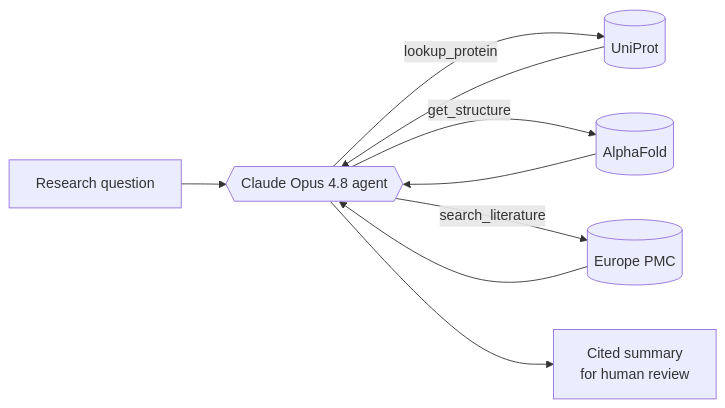
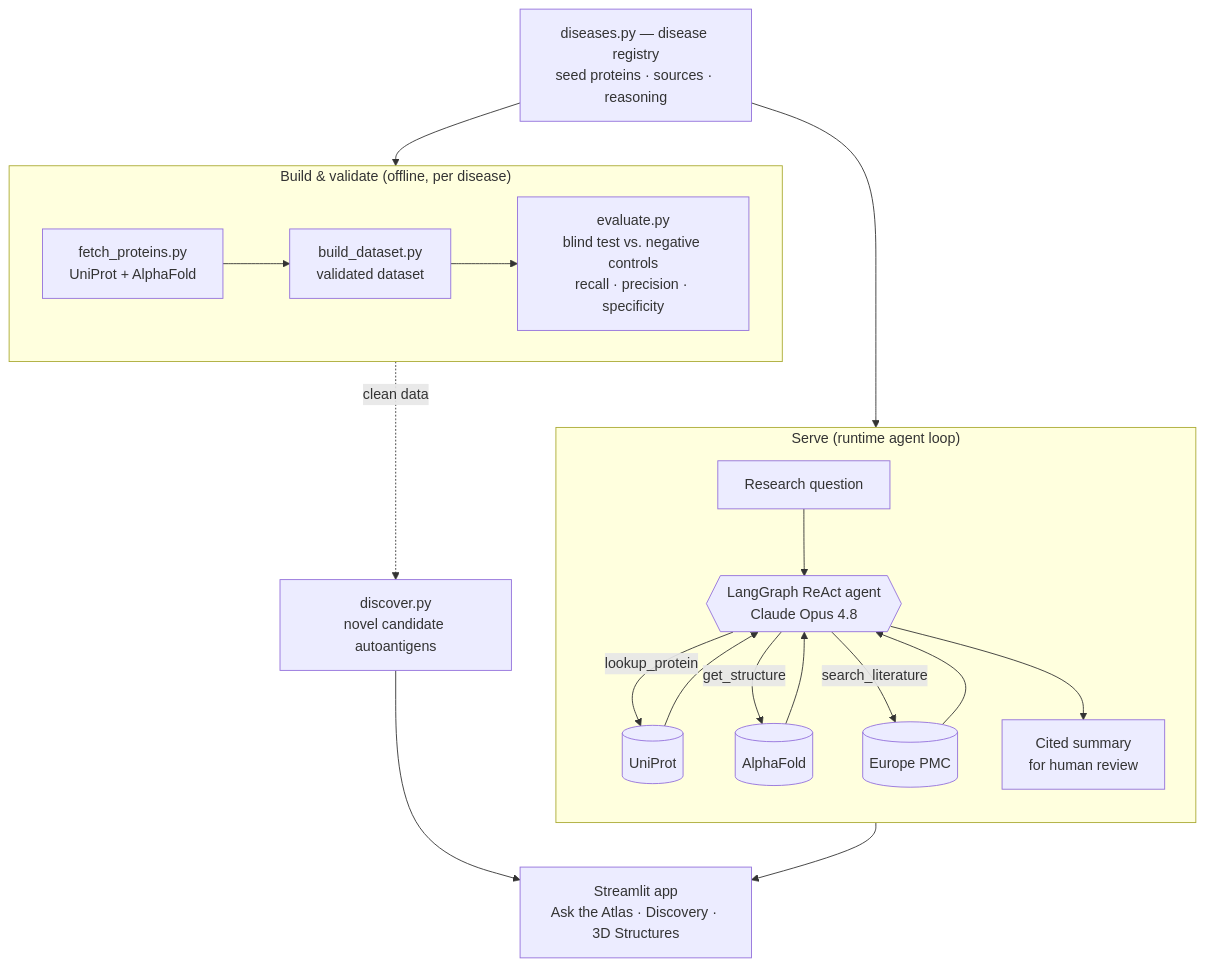
Before and after one commit to dreamcclure/autoantigen-atlas: the diagram in README.md, drawn with Mermaid. The commit also changed other lines of this file, not shown here.

Commit message:
README: full architecture diagram + scaling roadmap
Expand the How-it-works Mermaid flow to show diseases.py driving both the
offline build/validate pipeline and the runtime agent loop (plus discover.py
and the Streamlit app). Add a Future roadmap section framing proteome-scale
discovery as data+tools, not a rewrite.

````diff
--- a/README.md
+++ b/README.md
@@ -116,11 +118,27 @@
 ```mermaid
-flowchart LR
-  Q[Research question] --> A{{Claude Opus 4.8 agent}}
-  A -->|lookup_protein| U[(UniProt)]
-  A -->|get_structure| F[(AlphaFold)]
-  A -->|search_literature| E[(Europe PMC)]
-  U --> A
-  F --> A
-  E --> A
-  A --> R[Cited summary<br/>for human review]
+flowchart TB
+  REG["diseases.py — disease registry<br/>seed proteins · sources · reasoning"]
+
+  subgraph BUILD["Build &amp; validate (offline, per disease)"]
+    direction LR
+    FET["fetch_proteins.py<br/>UniProt + AlphaFold"] --> BLD["build_dataset.py<br/>validated dataset"] --> EVAL["evaluate.py<br/>blind test vs. negative controls<br/>recall · precision · specificity"]
+  end
+
+  subgraph SERVE["Serve (runtime agent loop)"]
+    direction TB
+    Q["Research question"] --> AG{{"LangGraph ReAct agent<br/>Claude Opus 4.8"}}
+    AG -->|lookup_protein| U[(UniProt)]
+    AG -->|get_structure| F[(AlphaFold)]
+    AG -->|search_literature| E[(Europe PMC)]
+    U --> AG
+    F --> AG
+    E --> AG
+    AG --> R["Cited summary<br/>for human review"]
+  end
+
+  REG --> BUILD
+  REG --> SERVE
+  BLD -. clean data .-> DISC["discover.py<br/>novel candidate autoantigens"]
+  R --> APP["Streamlit app<br/>Ask the Atlas · Discovery · 3D Structures"]
+  DISC --> APP
 ```
````
